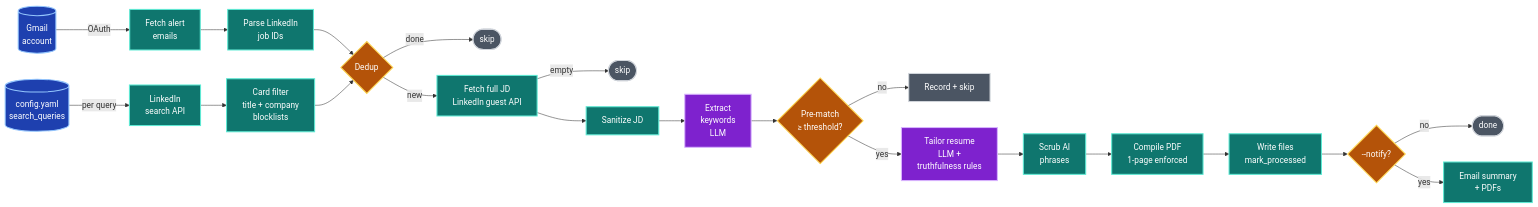
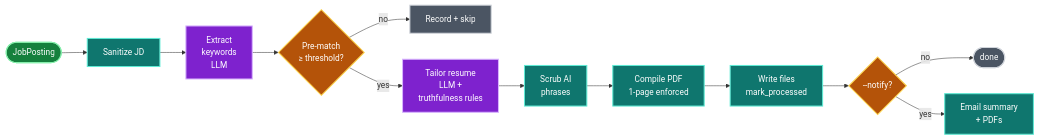
Before and after one commit to pravinboopathy/job-copilot: the second of 2 diagrams in README.md, drawn with Mermaid. The commit also changed other lines of this file, not shown here.

Commit message:
README: split pipeline diagram into Ingestion + Per-job tailoring
The combined LR diagram was ~17 nodes wide and required horizontal
scroll on most viewports. Split at the natural code boundary
(cli.py's _get_jobs_from_* vs pipeline.py's process_single_job):

- Ingestion: Gmail and search paths converge at Dedup, end at the
  JobPosting handoff node.
- Per-job tailoring: JobPosting → sanitize → keywords → threshold
  gate → tailor → scrub → PDF → write → optional --notify email.

Each diagram is half the width of the original. A new green "handoff"
class on the shared JobPosting node makes the connection between
diagrams visually obvious. Same palette otherwise (blue stores,
purple LLM, amber gates, teal actions, gray terminals).

````diff
--- a/README.md
+++ b/README.md
@@ -9,35 +41,26 @@
 ```mermaid
 flowchart LR
-    G[(Gmail<br/>account)] -->|OAuth| GF[Fetch alert<br/>emails]
-    GF --> GP[Parse LinkedIn<br/>job IDs]
-    C[(config.yaml<br/>search_queries)] -->|per query| LS[LinkedIn<br/>search API]
-    LS --> CF[Card filter<br/>title + company<br/>blocklists]
-    GP --> D{Dedup}
-    CF --> D
-    D -->|done| X1([skip])
-    D -->|new| LF[Fetch full JD<br/>LinkedIn guest API]
-    LF -->|empty| X2([skip])
-    LF --> SI[Sanitize JD]
+    JP([JobPosting]) --> SI[Sanitize JD]
     SI --> EK[Extract<br/>keywords<br/>LLM]
     EK --> TH{Pre-match<br/>≥ threshold?}
     TH -->|no| REC[Record + skip]
     TH -->|yes| TR[Tailor resume<br/>LLM +<br/>truthfulness rules]
     TR --> AP[Scrub AI<br/>phrases]
     AP --> PDF[Compile PDF<br/>1-page enforced]
     PDF --> W[Write files<br/>mark_processed]
     W --> N{--notify?}
     N -->|no| Y([done])
     N -->|yes| EM[Email summary<br/>+ PDFs]
 
-    classDef store fill:#1e40af,stroke:#93c5fd,color:#fff,stroke-width:2px
     classDef llm fill:#7e22ce,stroke:#d8b4fe,color:#fff,stroke-width:2px
     classDef gate fill:#b45309,stroke:#fcd34d,color:#fff,stroke-width:2px
     classDef term fill:#4b5563,stroke:#d1d5db,color:#fff,stroke-width:2px
     classDef action fill:#0f766e,stroke:#5eead4,color:#fff,stroke-width:2px
+    classDef handoff fill:#15803d,stroke:#86efac,color:#fff,stroke-width:2px
 
-    class G,C store
     class EK,TR llm
-    class D,TH,N gate
-    class X1,X2,REC,Y term
-    class GF,GP,LS,CF,LF,SI,AP,PDF,W,EM action
+    class TH,N gate
+    class REC,Y term
+    class SI,AP,PDF,W,EM action
+    class JP handoff
 ```
````
